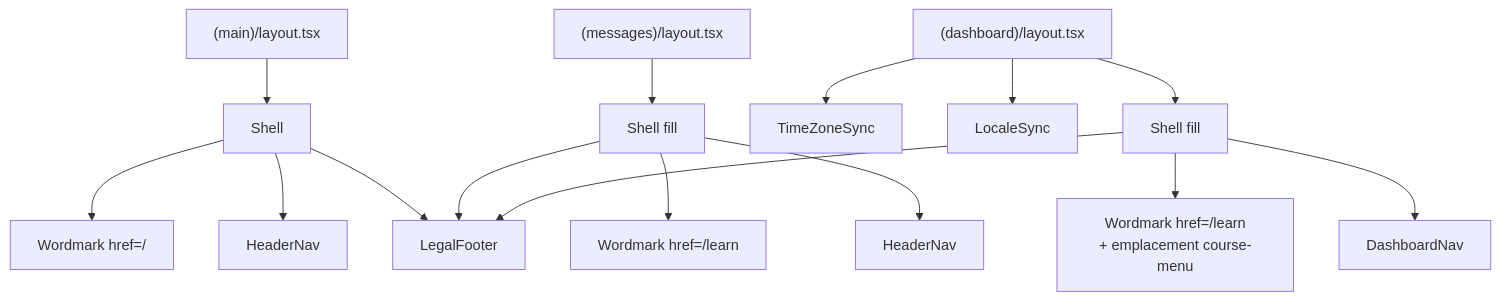
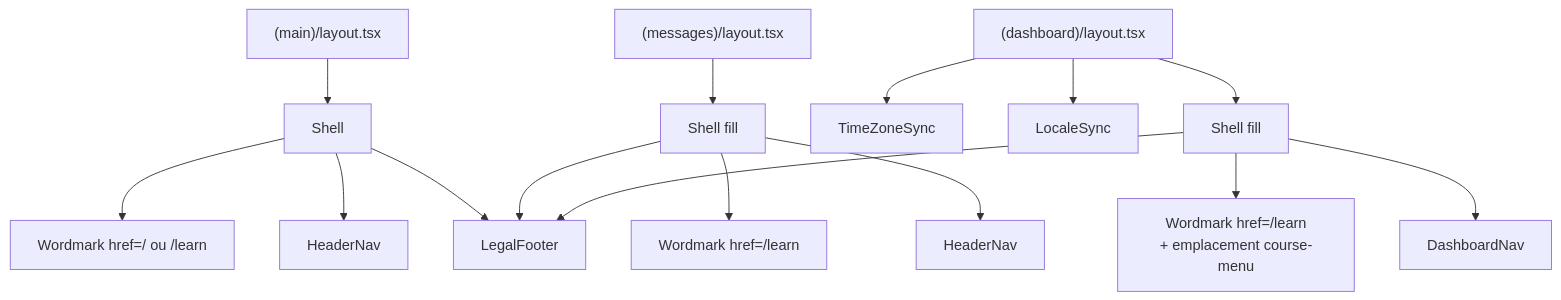
One commit to VictorBro/ft_transcendence changed the first of 5 diagrams in docs-fr/web/03-shell-components.md. Above: the diagram before and after it, drawn with Mermaid. The commit also changed other lines of this file and 223 other files, not shown here.

````diff
--- a/docs-fr/web/03-shell-components.md
+++ b/docs-fr/web/03-shell-components.md
@@ -24,17 +24,17 @@
 ```mermaid
 flowchart TD
     ML["(main)/layout.tsx"] --> S1["Shell"]
     MSL["(messages)/layout.tsx"] --> S2["Shell fill"]
     DL["(dashboard)/layout.tsx"] --> TZ["TimeZoneSync"]
     DL --> LS["LocaleSync"]
     DL --> S3["Shell fill"]
-    S1 --> W1["Wordmark href=/"]
+    S1 --> W1["Wordmark href=/ ou /learn"]
     S1 --> HN1["HeaderNav"]
     S2 --> W2["Wordmark href=/learn"]
     S2 --> HN2["HeaderNav"]
     S3 --> W3["Wordmark href=/learn<br/>+ emplacement course-menu"]
     S3 --> DN["DashboardNav"]
     S1 --> F["LegalFooter"]
     S2 --> F
     S3 --> F
 ```
````
